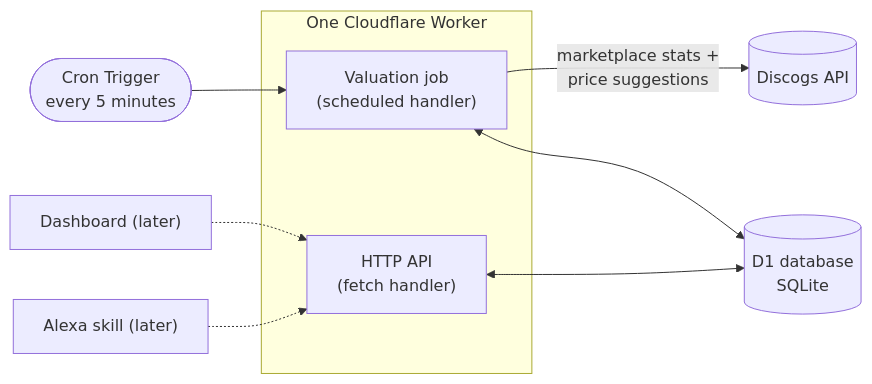
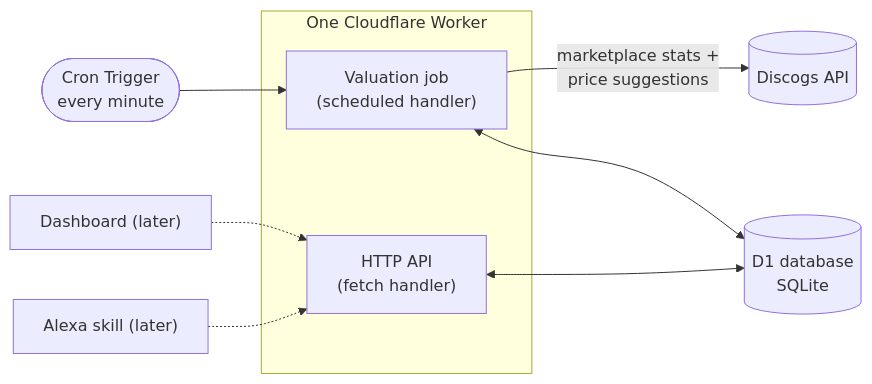
The diagram in README.md (JakubMini/vinyl-value-vault), drawn with Mermaid before and after one commit. The commit also changed other lines of this file and 7 other files, not shown here.

First line of the commit message:
Price in small batches every minute, and only what is due (#6)

````diff
--- a/README.md
+++ b/README.md
@@ -18,13 +18,13 @@
 ```mermaid
 flowchart LR
-  cron([Cron Trigger<br/>every 5 minutes]) --> job
+  cron([Cron Trigger<br/>every minute]) --> job
   subgraph worker["One Cloudflare Worker"]
     job["Valuation job<br/>(scheduled handler)"]
     api["HTTP API<br/>(fetch handler)"]
   end
   job -->|"marketplace stats +<br/>price suggestions"| discogs[("Discogs API")]
   job <--> d1[("D1 database<br/>SQLite")]
   api <--> d1
   dash["Dashboard (later)"] -.-> api
   alexa["Alexa skill (later)"] -.-> api
 ```
````
